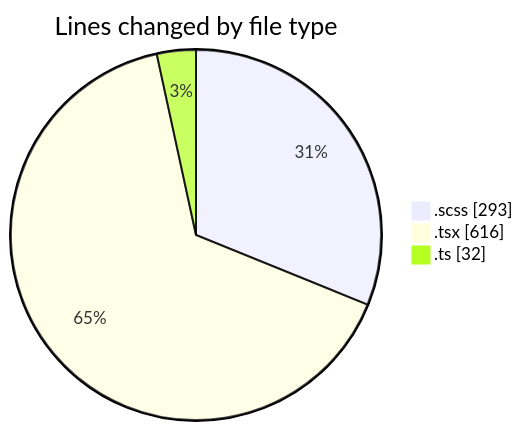
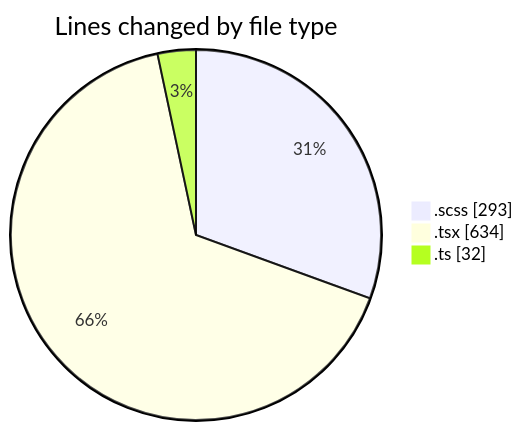
One commit to momahboobian/code-tracking changed the first of 2 diagrams in 2025-03-04/cda/README.md. Above: the diagram before and after it, drawn with Mermaid. The commit also changed other lines of this file and 1 other file, not shown here.

````diff
--- a/2025-03-04/cda/README.md
+++ b/2025-03-04/cda/README.md
@@ -25,7 +25,7 @@
 ```mermaid
 pie showData
 title Lines changed by file type
 ".scss" : 293
-".tsx" : 616
+".tsx" : 634
 ".ts" : 32
 ```
````
